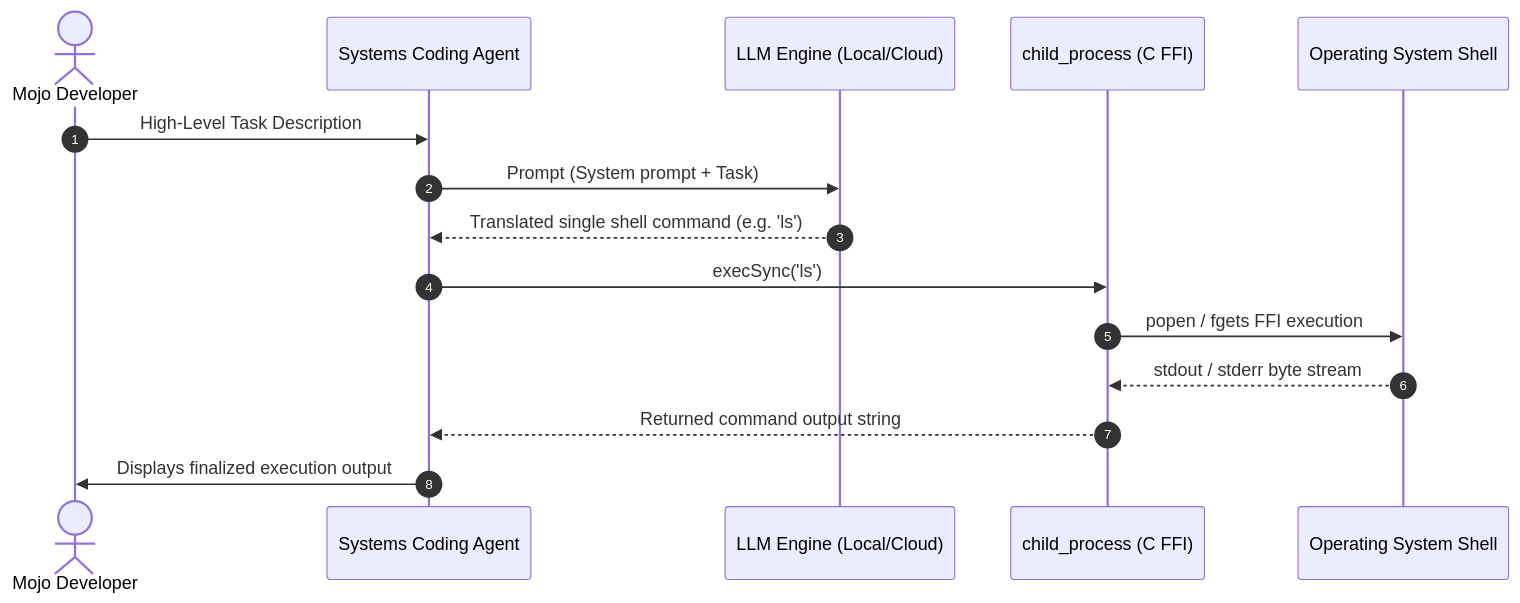
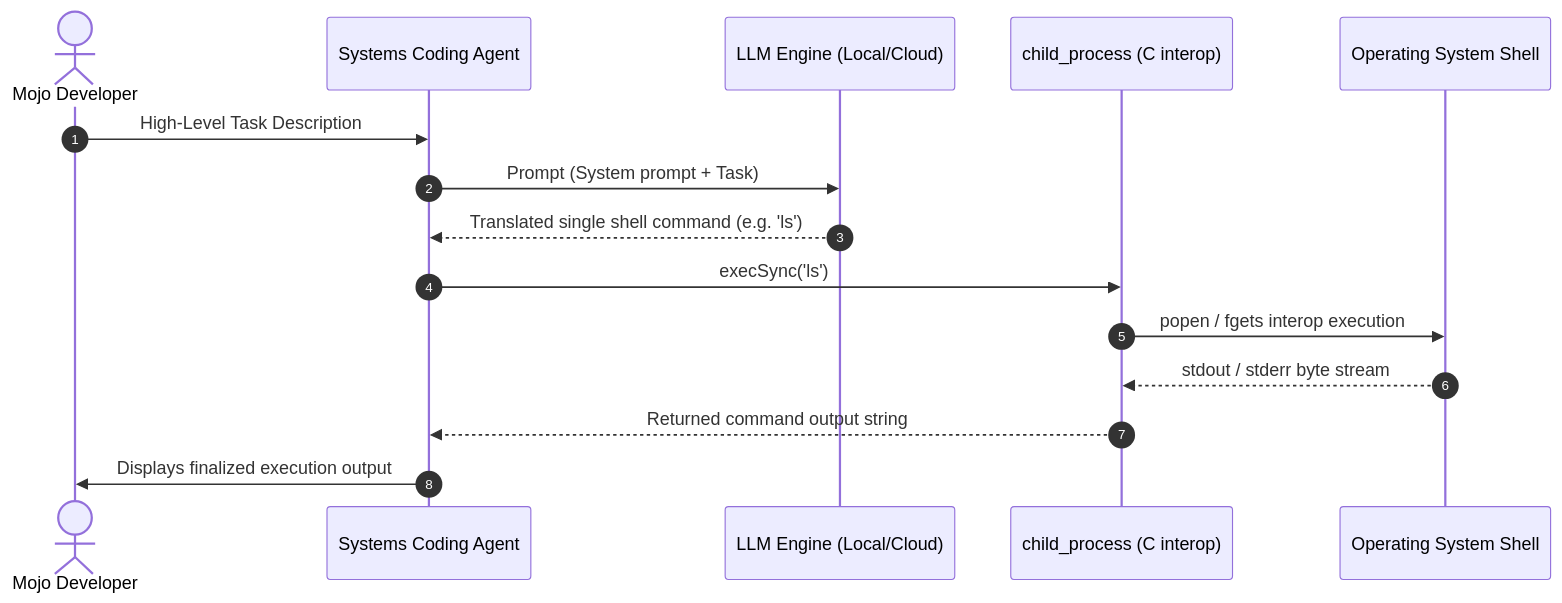
Before and after one commit to atveit/pi-mojo: the second of 2 diagrams in ARCHITECTURE.md, drawn with Mermaid. The commit also changed other lines of this file and 29 other files, not shown here.

Commit message:
docs: replace FFI abbreviation with simplified interop and Python integration terminology

````diff
--- a/ARCHITECTURE.md
+++ b/ARCHITECTURE.md
@@ -49,18 +49,18 @@
 ```mermaid
 sequenceDiagram
     autonumber
     actor User as Mojo Developer
     participant Agent as Systems Coding Agent
     participant LLM as LLM Engine (Local/Cloud)
-    participant FFI as child_process (C FFI)
+    participant interop as child_process (C interop)
     participant OS as Operating System Shell
 
     User->>Agent: High-Level Task Description
     Agent->>LLM: Prompt (System prompt + Task)
     LLM-->>Agent: Translated single shell command (e.g. 'ls')
-    Agent->>FFI: execSync('ls')
-    FFI->>OS: popen / fgets FFI execution
-    OS-->>FFI: stdout / stderr byte stream
-    FFI-->>Agent: Returned command output string
+    Agent->>interop: execSync('ls')
+    interop->>OS: popen / fgets interop execution
+    OS-->>interop: stdout / stderr byte stream
+    interop-->>Agent: Returned command output string
     Agent->>User: Displays finalized execution output
 ```
````
